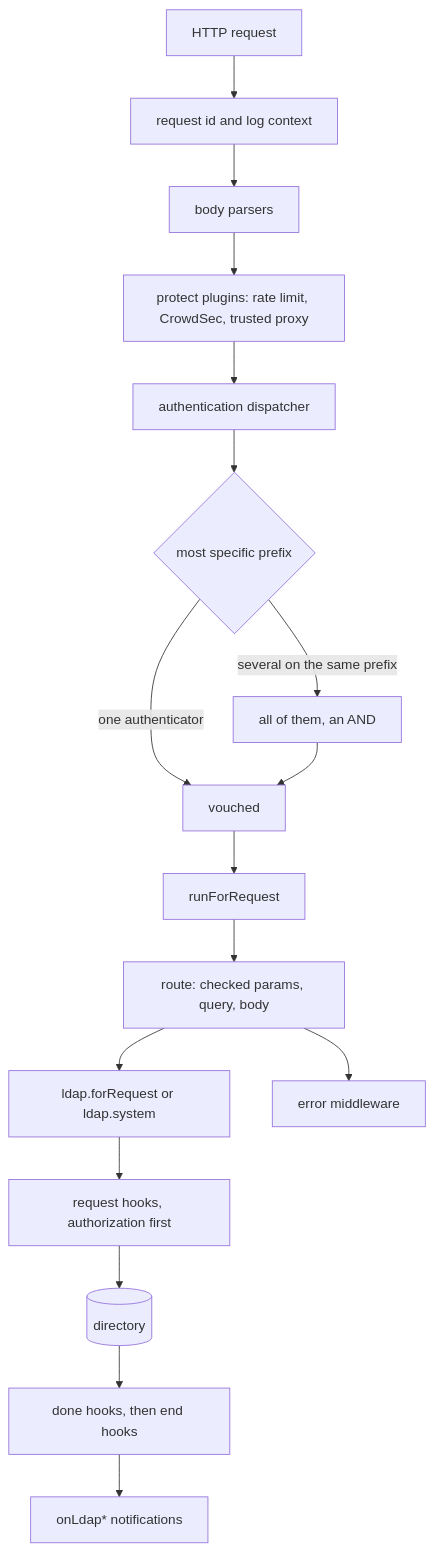
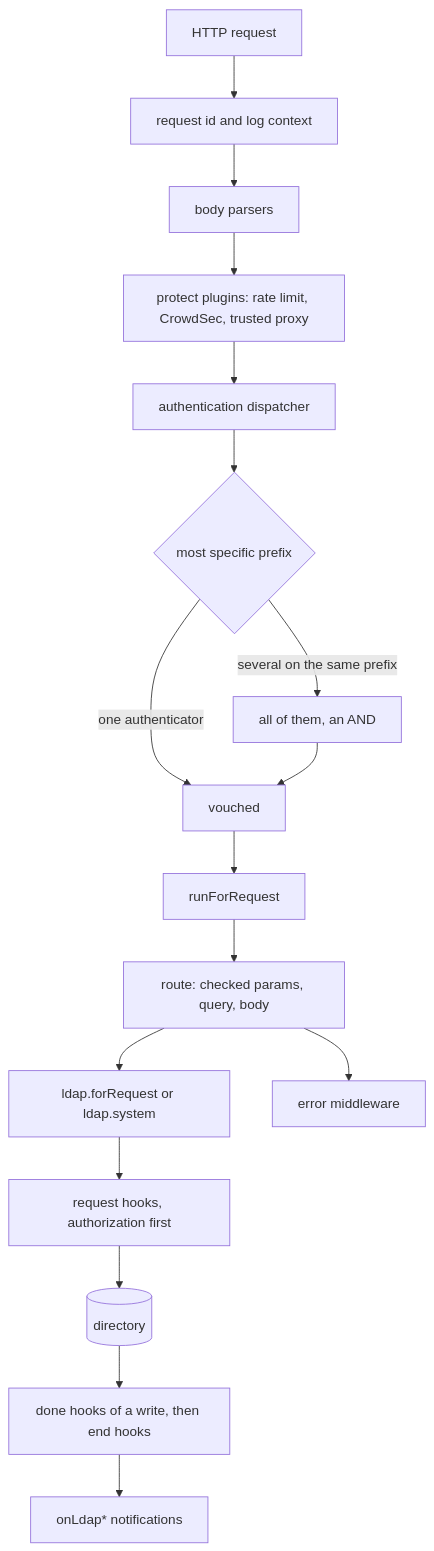
Before and after one commit to linagora/ldap-rest: the first of 2 diagrams in docs/architecture/README.md, drawn with Mermaid. The commit also changed other lines of this file and 11 other files, not shown here.

First line of the commit message:
docs: correct the architecture facts and read comments with the parser

````diff
--- a/docs/architecture/README.md
+++ b/docs/architecture/README.md
@@ -37,19 +38,19 @@
 ```mermaid
 flowchart TD
     A[HTTP request] --> B[request id and log context]
     B --> C[body parsers]
     C --> D[protect plugins: rate limit, CrowdSec, trusted proxy]
     D --> E[authentication dispatcher]
     E --> F{most specific prefix}
     F -->|one authenticator| G[vouched]
     F -->|several on the same prefix| H[all of them, an AND]
     H --> G
     G --> I[runForRequest]
     I --> J[route: checked params, query, body]
     J --> K[ldap.forRequest or ldap.system]
     K --> L[request hooks, authorization first]
     L --> M[(directory)]
-    M --> N[done hooks, then end hooks]
+    M --> N[done hooks of a write, then end hooks]
     N --> O[onLdap* notifications]
     J --> P[error middleware]
 ```
````
